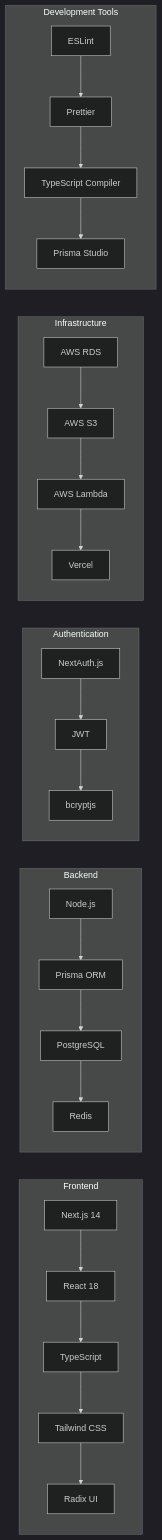
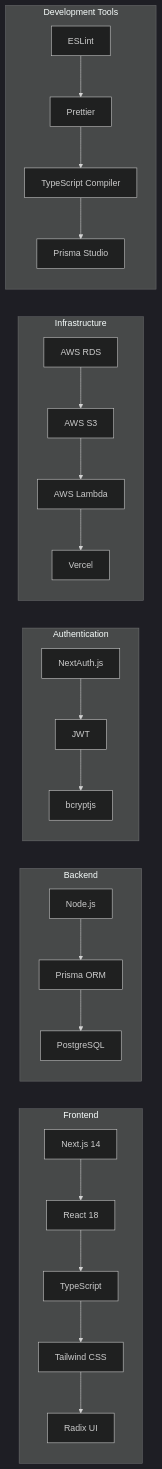
The seventh of 9 diagrams in docs/architecture/system-architecture.md (innovationwizard/IngePro), drawn with Mermaid (dark theme) before and after one commit. The commit also changed other lines of this file and 9 other files, not shown here.

First line of the commit message:
Remove all Redis references from documentation and architecture files

````diff
--- a/docs/architecture/system-architecture.md
+++ b/docs/architecture/system-architecture.md
@@ -228,32 +228,32 @@
 ```mermaid
 graph LR
     subgraph "Frontend"
         A[Next.js 14] --> B[React 18]
         B --> C[TypeScript]
         C --> D[Tailwind CSS]
         D --> E[Radix UI]
     end
     
     subgraph "Backend"
         F[Node.js] --> G[Prisma ORM]
         G --> H[PostgreSQL]
-        H --> I[Redis]
+    
     end
     
     subgraph "Authentication"
         J[NextAuth.js] --> K[JWT]
         K --> L[bcryptjs]
     end
     
     subgraph "Infrastructure"
         M[AWS RDS] --> N[AWS S3]
         N --> O[AWS Lambda]
         O --> P[Vercel]
     end
     
     subgraph "Development Tools"
         Q[ESLint] --> R[Prettier]
         R --> S[TypeScript Compiler]
         S --> T[Prisma Studio]
     end
 ```
````
